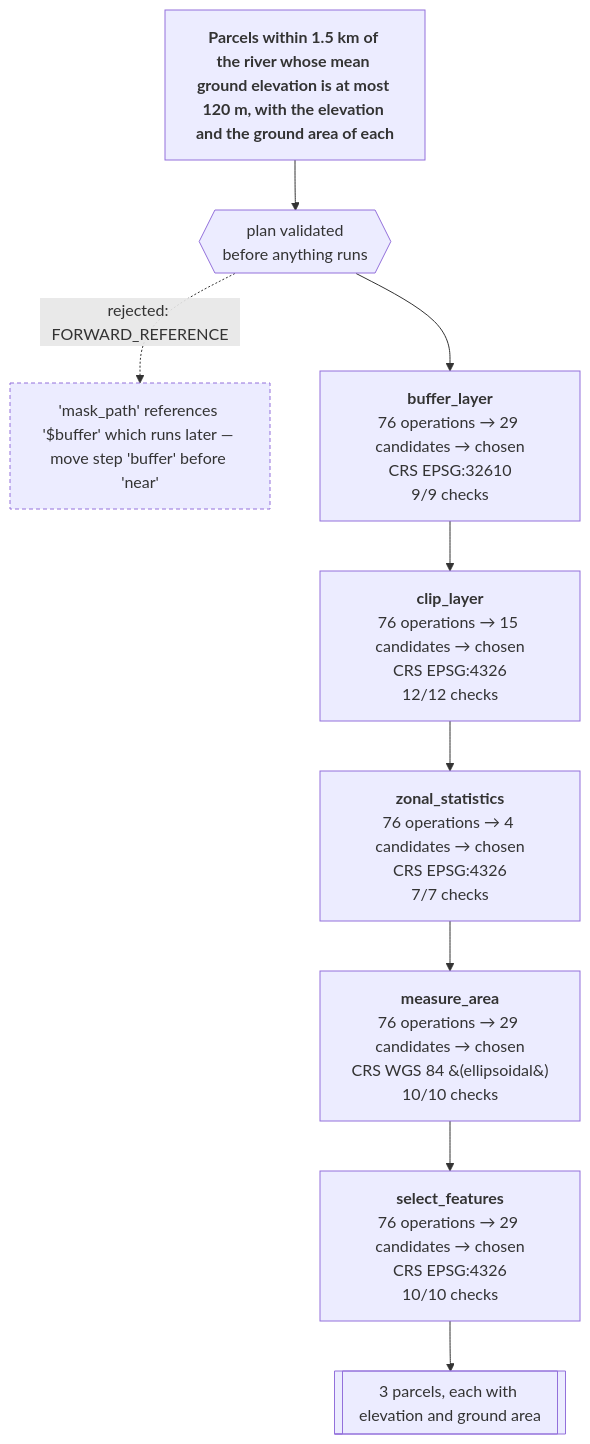
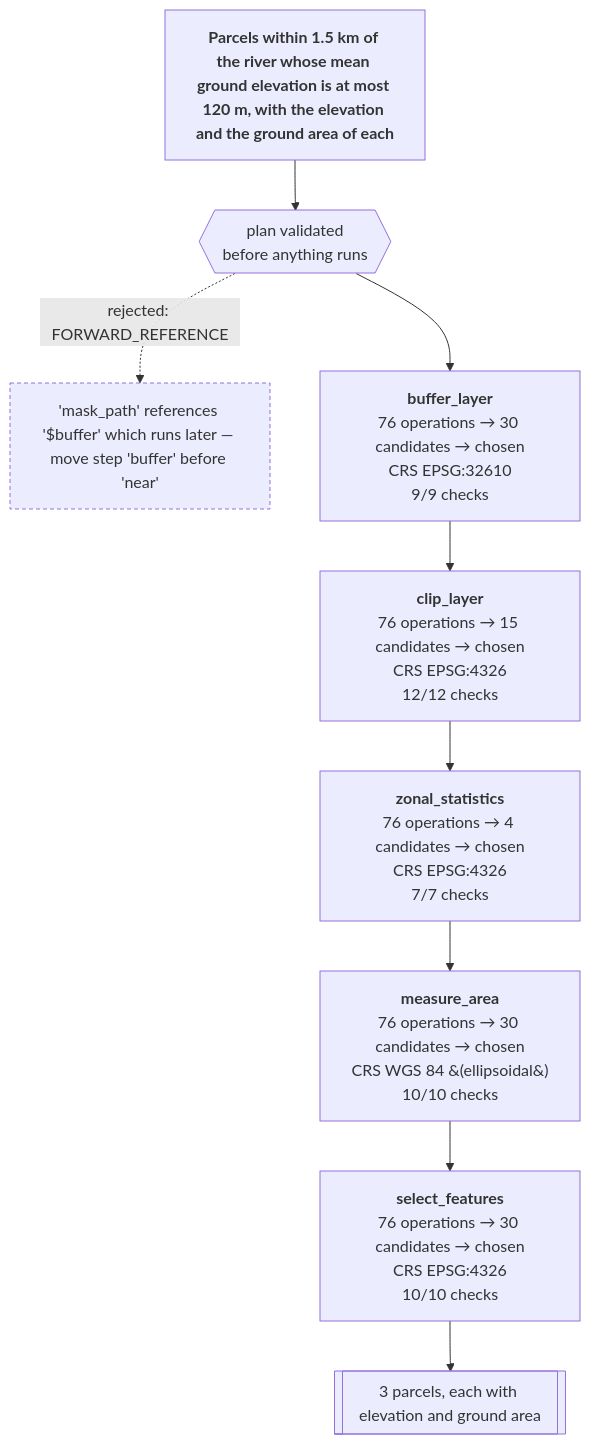
One commit to mapsmith-ai/MapSmith changed the diagram in README.md. Above: the diagram before and after it, drawn with Mermaid. The commit also changed other lines of this file and 4 other files, not shown here.

````diff
--- a/README.md
+++ b/README.md
@@ -87,20 +87,20 @@
 ```mermaid
 flowchart TB
   ASK["<b>Parcels within 1.5 km of the river whose mean ground elevation is at most 120 m, with the elevation and the ground area of each</b>"]
   ASK --> PLAN{{"plan validated<br/>before anything runs"}}
   PLAN -. "rejected: FORWARD_REFERENCE" .-> BAD["'mask_path' references '$buffer' which runs later — move step 'buffer' before 'near'"]
   BAD:::bad
-  BUFFER["<b>buffer_layer</b><br/>76 operations &rarr; 29 candidates &rarr; chosen<br/>CRS EPSG:32610<br/>9/9 checks"]
+  BUFFER["<b>buffer_layer</b><br/>76 operations &rarr; 30 candidates &rarr; chosen<br/>CRS EPSG:32610<br/>9/9 checks"]
   PLAN --> BUFFER
   NEAR["<b>clip_layer</b><br/>76 operations &rarr; 15 candidates &rarr; chosen<br/>CRS EPSG:4326<br/>12/12 checks"]
   BUFFER --> NEAR
   HEIGHT["<b>zonal_statistics</b><br/>76 operations &rarr; 4 candidates &rarr; chosen<br/>CRS EPSG:4326<br/>7/7 checks"]
   NEAR --> HEIGHT
-  AREA["<b>measure_area</b><br/>76 operations &rarr; 29 candidates &rarr; chosen<br/>CRS WGS 84 &#40;ellipsoidal&#41;<br/>10/10 checks"]
+  AREA["<b>measure_area</b><br/>76 operations &rarr; 30 candidates &rarr; chosen<br/>CRS WGS 84 &#40;ellipsoidal&#41;<br/>10/10 checks"]
   HEIGHT --> AREA
-  FILTER["<b>select_features</b><br/>76 operations &rarr; 29 candidates &rarr; chosen<br/>CRS EPSG:4326<br/>10/10 checks"]
+  FILTER["<b>select_features</b><br/>76 operations &rarr; 30 candidates &rarr; chosen<br/>CRS EPSG:4326<br/>10/10 checks"]
   AREA --> FILTER
   OUT[["3 parcels, each with elevation and ground area"]]
   FILTER --> OUT
   classDef bad stroke-dasharray: 4 3
 ```
````
